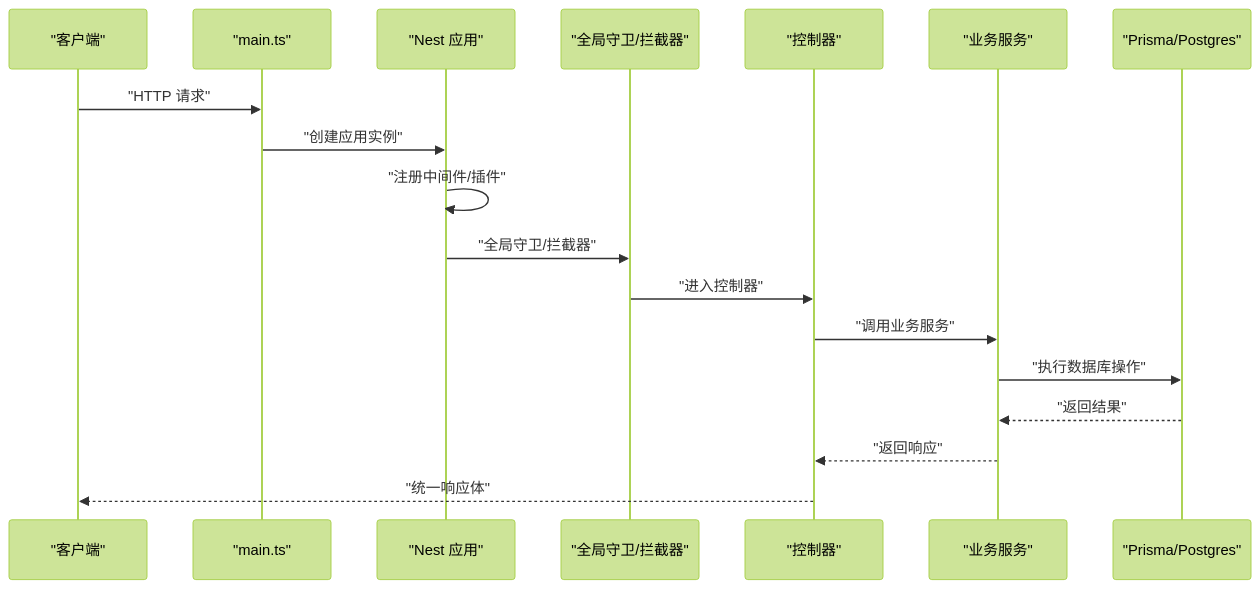
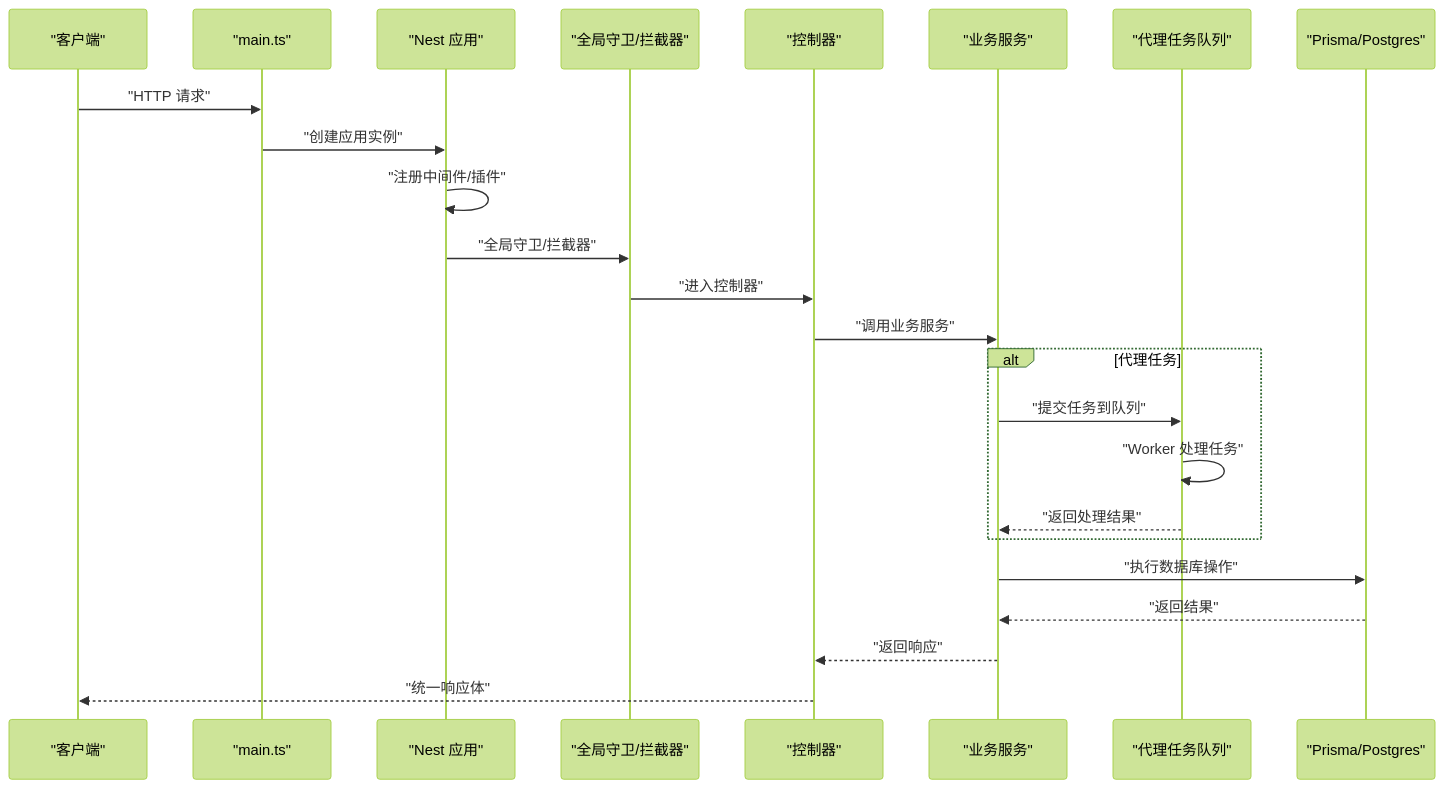
One commit to xixixiaoyu/Todo changed the second of 12 diagrams in .qoder/repowiki/zh/content/后端架构/后端架构.md. Above: the diagram before and after it, drawn with Mermaid (forest theme). The commit also changed other lines of this file and 6 other files, not shown here.

````diff
--- a/.qoder/repowiki/zh/content/后端架构/后端架构.md
+++ b/.qoder/repowiki/zh/content/后端架构/后端架构.md
@@ -112,20 +133,26 @@
 ```mermaid
 sequenceDiagram
 participant Client as "客户端"
 participant Main as "main.ts"
 participant App as "Nest 应用"
 participant Guard as "全局守卫/拦截器"
 participant Ctrl as "控制器"
 participant Svc as "业务服务"
+participant Queue as "代理任务队列"
 participant DB as "Prisma/Postgres"
 Client->>Main : "HTTP 请求"
 Main->>App : "创建应用实例"
 App->>App : "注册中间件/插件"
 App->>Guard : "全局守卫/拦截器"
 Guard->>Ctrl : "进入控制器"
 Ctrl->>Svc : "调用业务服务"
+alt 代理任务
+Svc->>Queue : "提交任务到队列"
+Queue->>Queue : "Worker 处理任务"
+Queue-->>Svc : "返回处理结果"
+end
 Svc->>DB : "执行数据库操作"
 DB-->>Svc : "返回结果"
 Svc-->>Ctrl : "返回响应"
 Ctrl-->>Client : "统一响应体"
 ```
````
